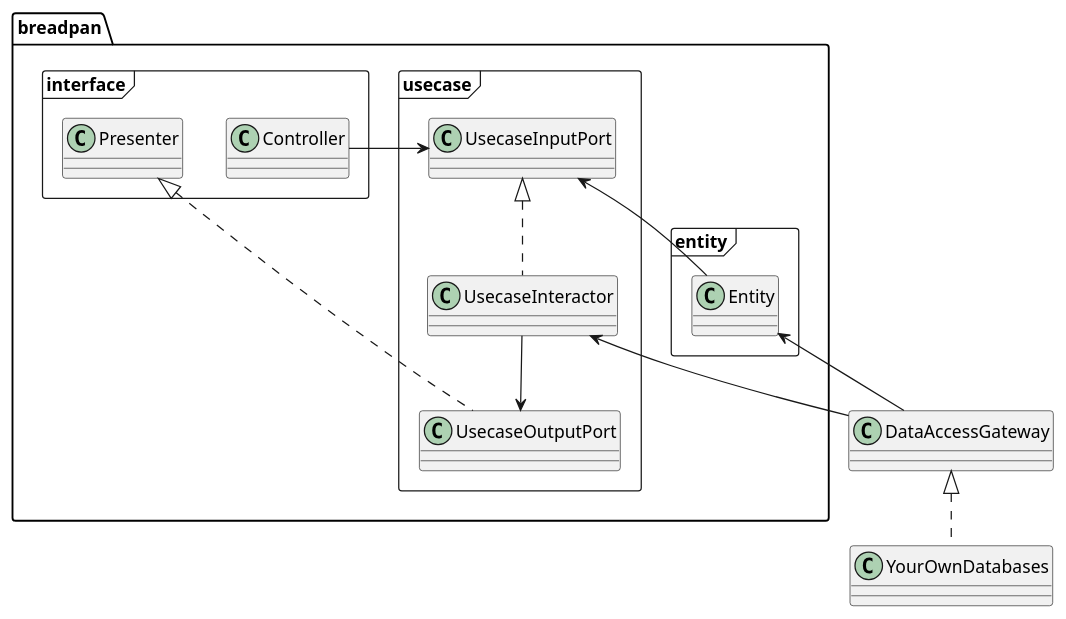
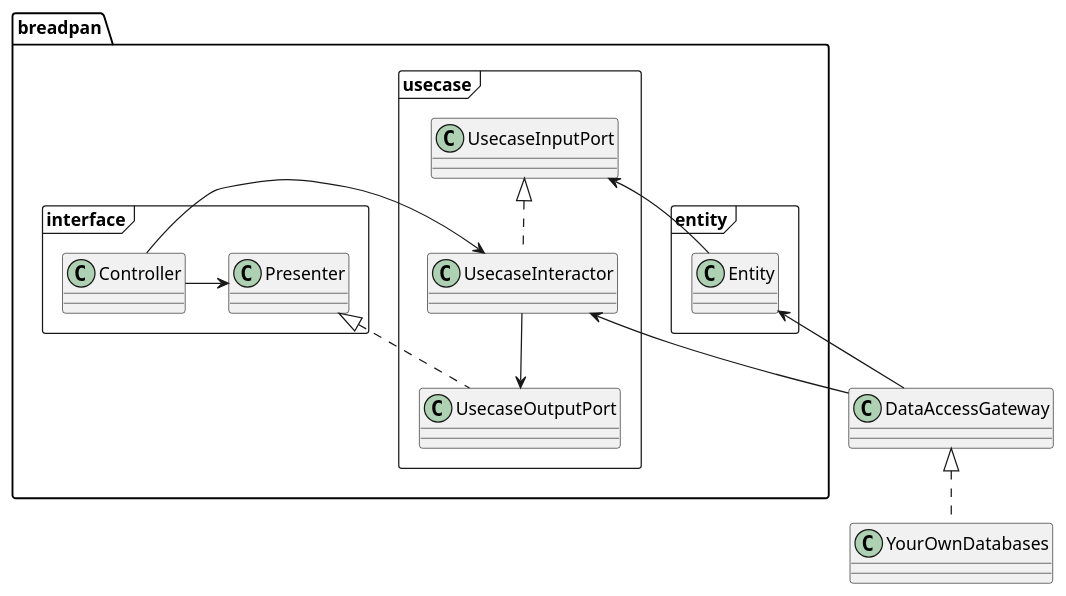
Before and after one commit to jinhoyoo/breadpan: the first of 4 diagrams in docs/how_to_implement.md, drawn with PlantUML. The commit also changed other lines of this file, not shown here.

Commit message:
described the usecase layer's explanation.

````diff
--- a/docs/how_to_implement.md
+++ b/docs/how_to_implement.md
@@ -29,27 +29,28 @@
 ```plantuml
 @startuml
 
 class YourOwnDatabases
 class DataAccessGateway
 
 package breadpan.entity <<Frame>> {
     Entity <-- DataAccessGateway
 }
 
 package breadpan.usecase <<Frame>> {
 
     UsecaseInputPort <-- Entity
     UsecaseInputPort <|.. UsecaseInteractor
     UsecaseInteractor --> UsecaseOutputPort
     UsecaseInteractor <-- DataAccessGateway
     DataAccessGateway <|.. YourOwnDatabases
 
 }
 
 package breadpan.interface <<Frame>> {
   Presenter <|.. UsecaseOutputPort
-  Controller ->  UsecaseInputPort
+  Controller -> breadpan.usecase.UsecaseInteractor
+  Controller -> Presenter 
 }
 
 @enduml
 ```
````
